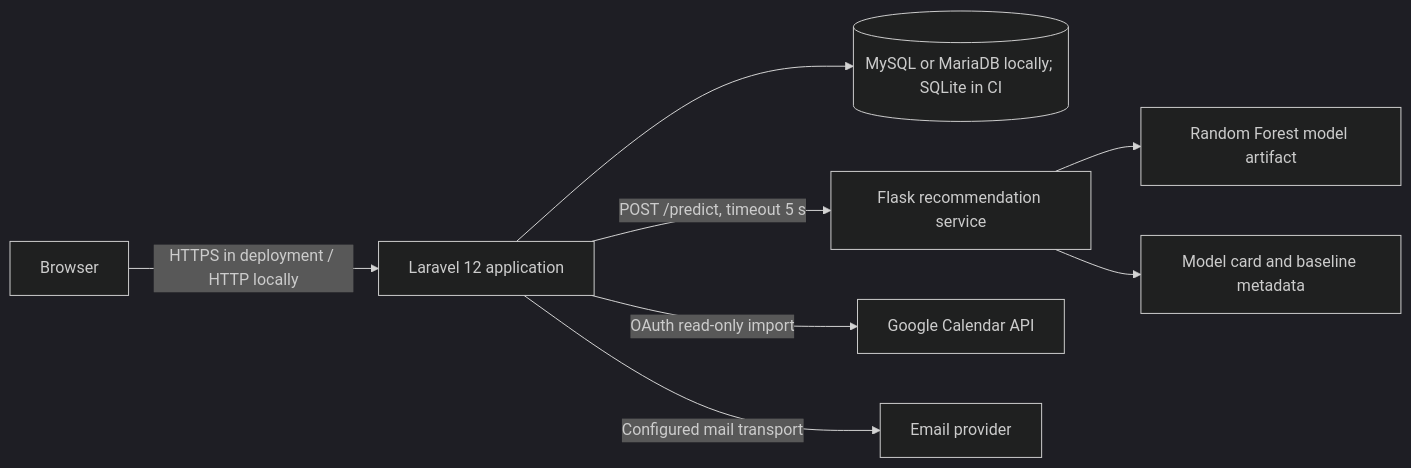
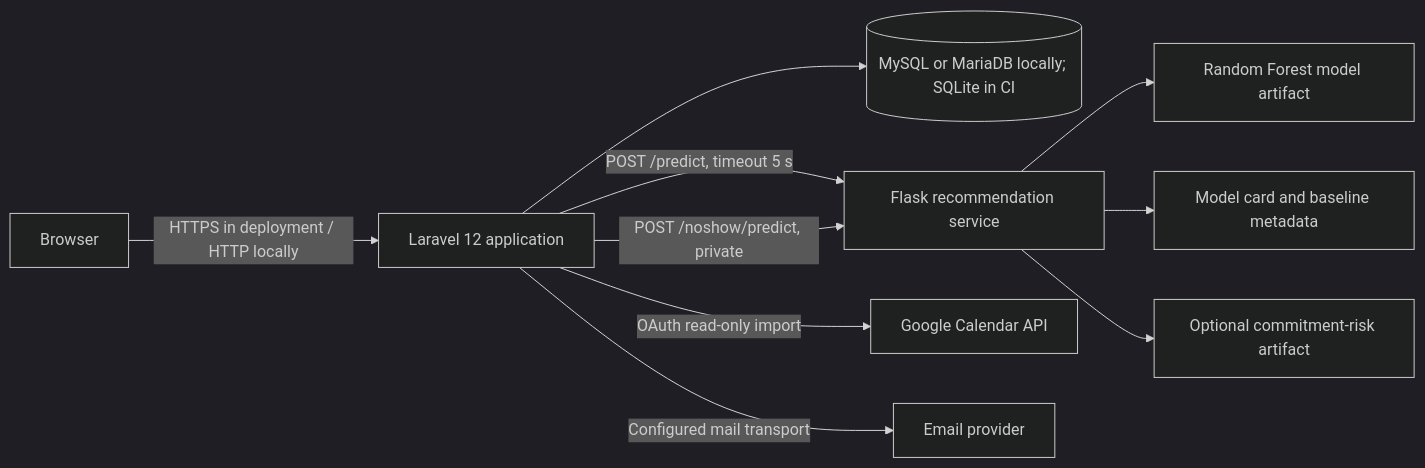
Before and after one commit to BrightSeya/wasaalifestyle: the diagram in docs/system-architecture.md, drawn with Mermaid (dark theme). The commit also changed other lines of this file and 59 other files, not shown here.

````diff
--- a/docs/system-architecture.md
+++ b/docs/system-architecture.md
@@ -7,10 +7,12 @@
 ```mermaid
 flowchart LR
     U[Browser] -->|HTTPS in deployment / HTTP locally| L[Laravel 12 application]
     L --> DB[(MySQL or MariaDB locally; SQLite in CI)]
     L -->|POST /predict, timeout 5 s| F[Flask recommendation service]
     F --> M[Random Forest model artifact]
     F --> C[Model card and baseline metadata]
+    L -->|POST /noshow/predict, private| F
+    F --> R[Optional commitment-risk artifact]
     L -->|OAuth read-only import| G[Google Calendar API]
     L -->|Configured mail transport| E[Email provider]
 ```
````
